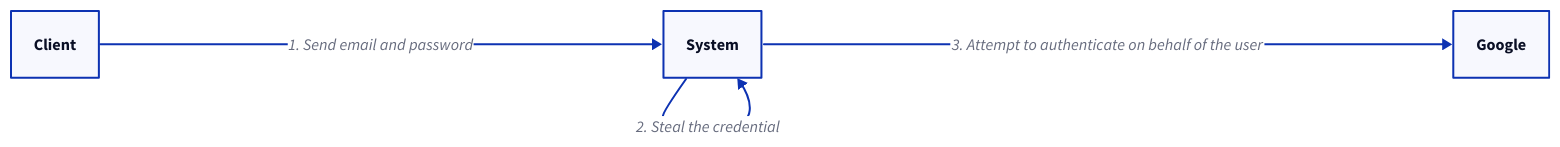
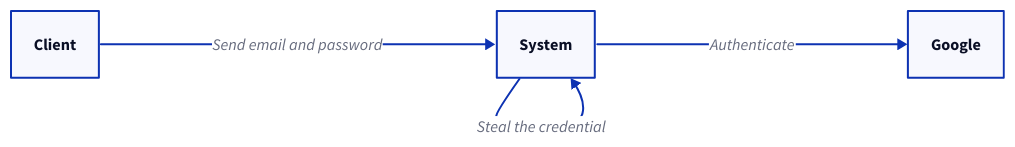
Before and after one commit to link1905/system-design-101: the tenth of 26 diagrams in content/docs/system-administration/system-protection/iam.md, drawn with D2. The commit also changed other lines of this file and 21 other files, not shown here.

````diff
--- a/content/docs/system-administration/system-protection/iam.md
+++ b/content/docs/system-administration/system-protection/iam.md
@@ -401,18 +413,18 @@
 ```d2
 direction: right
 s: System {
     class: server
 }
 i: Google {
     class: google
 }
 c: Client {
     class: client
 }
 
-c -> s: "1. Send email and password"
-s -> s: "2. Steal the credential" {
+c -> s: "Send email and password"
+s -> s: "Steal the credential" {
   class: error-conn
 }
-s -> i: "3. Attempt to authenticate on behalf of the user"
+s -> i: "Authenticate"
 ```
````
